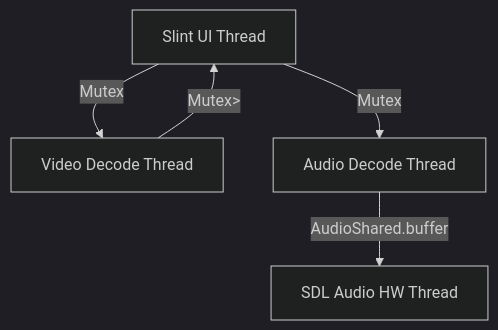
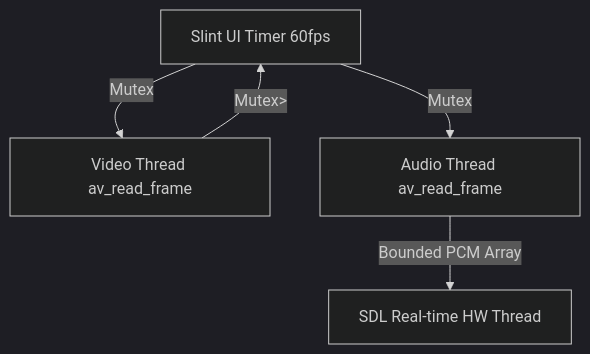
Before and after one commit to GrandpaEJ/ohhPlayer: the diagram in README.md, drawn with Mermaid (dark theme). The commit also changed other lines of this file, not shown here.

Commit message:
docs: update README with accurate optimizations and architecture details

````diff
--- a/README.md
+++ b/README.md
@@ -40,7 +41,7 @@
 ```mermaid
 graph TD;
-    UI[Slint UI Thread] -->|Mutex<DecoderCommand>| V_DEC[Video Decode Thread]
-    UI -->|Mutex<AudioShared>| A_DEC[Audio Decode Thread]
+    UI[Slint UI Timer 60fps] -->|Mutex<DecoderCommand>| V_DEC[Video Thread av_read_frame]
+    UI -->|Mutex<AudioShared>| A_DEC[Audio Thread av_read_frame]
     V_DEC -->|Mutex<Option<DecodedFrame>>| UI
-    A_DEC -->|AudioShared.buffer| SDL[SDL Audio HW Thread]
+    A_DEC -->|Bounded PCM Array| SDL[SDL Real-time HW Thread]
 ```
````
